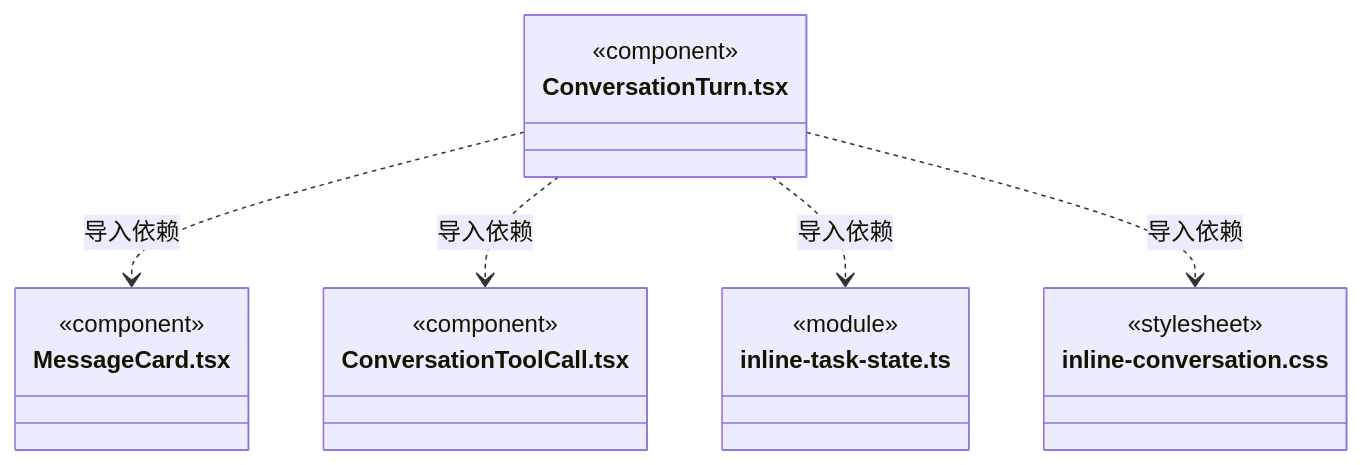
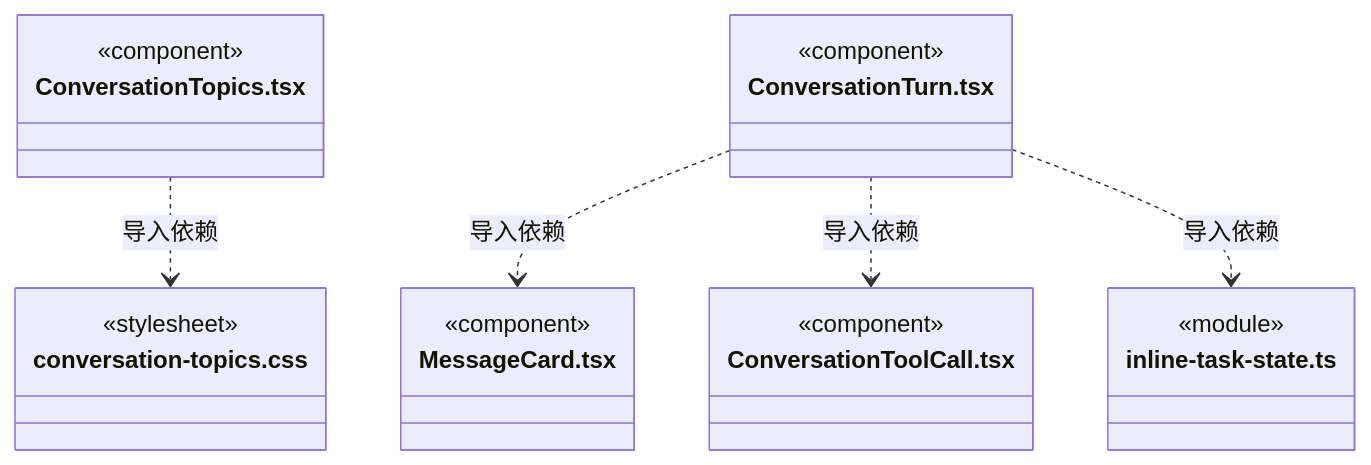
Before and after one commit to nan023062/cbim: diagram 49 of 53 in src/view/conversation/ARCHITECTURE.md, drawn with Mermaid. The commit also changed other lines of this file and 37 other files, not shown here.

````diff
--- a/src/view/conversation/ARCHITECTURE.md
+++ b/src/view/conversation/ARCHITECTURE.md
@@ -744,22 +770,25 @@
 ```mermaid
 classDiagram
+class N_src_view_conversation_ConversationTopics_tsx["ConversationTopics.tsx"] {
+  <<component>>
+}
+class N_src_view_conversation_conversation_topics_css["conversation-topics.css"] {
+  <<stylesheet>>
+}
 class N_src_view_conversation_ConversationTurn_tsx["ConversationTurn.tsx"] {
   <<component>>
 }
 class N_src_view_conversation_MessageCard_tsx["MessageCard.tsx"] {
   <<component>>
 }
 class N_src_view_conversation_ConversationToolCall_tsx["ConversationToolCall.tsx"] {
   <<component>>
 }
 class N_src_view_conversation_inline_task_state_ts["inline-task-state.ts"] {
   <<module>>
 }
-class N_src_view_conversation_inline_conversation_css["inline-conversation.css"] {
-  <<stylesheet>>
-}
+N_src_view_conversation_ConversationTopics_tsx ..> N_src_view_conversation_conversation_topics_css : 导入依赖
 N_src_view_conversation_ConversationTurn_tsx ..> N_src_view_conversation_MessageCard_tsx : 导入依赖
 N_src_view_conversation_ConversationTurn_tsx ..> N_src_view_conversation_ConversationToolCall_tsx : 导入依赖
 N_src_view_conversation_ConversationTurn_tsx ..> N_src_view_conversation_inline_task_state_ts : 导入依赖
-N_src_view_conversation_ConversationTurn_tsx ..> N_src_view_conversation_inline_conversation_css : 导入依赖
 ```
````
